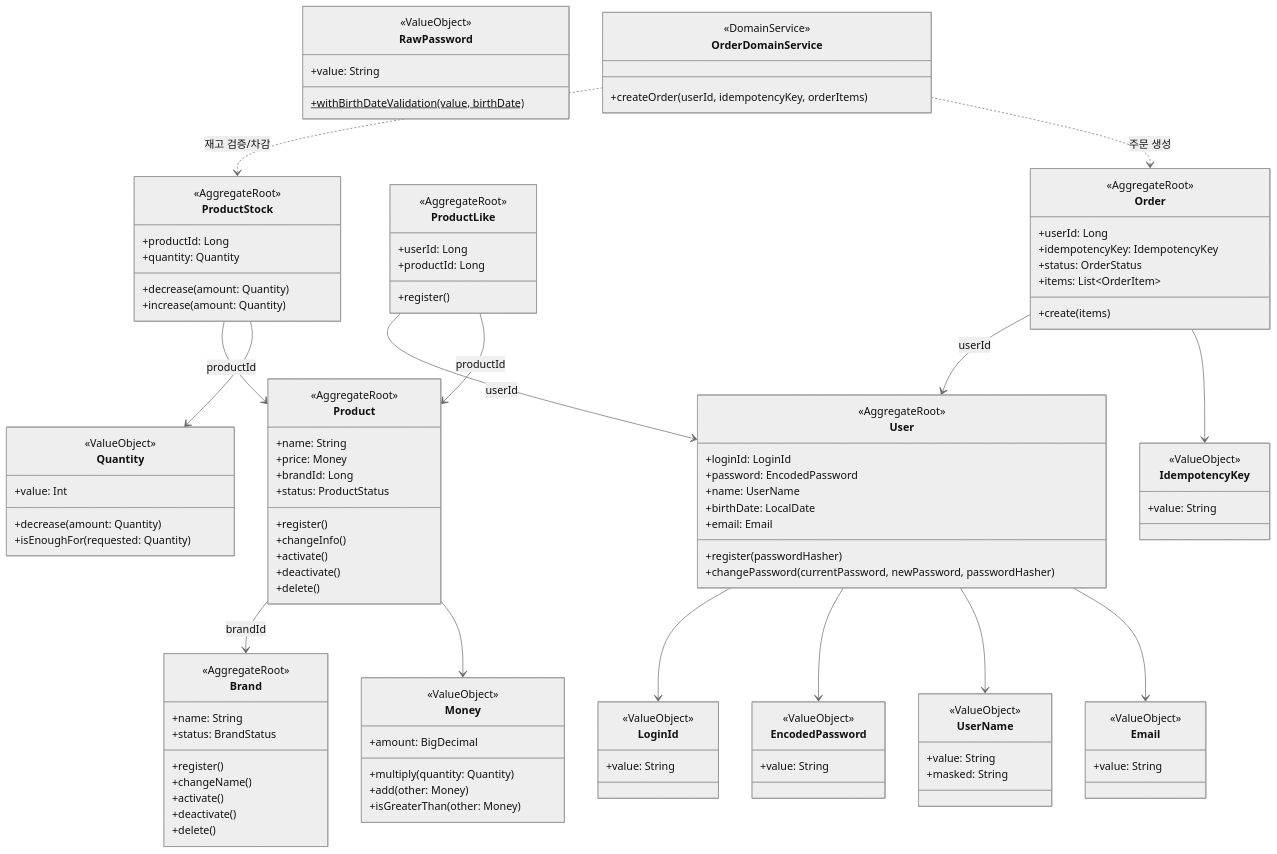
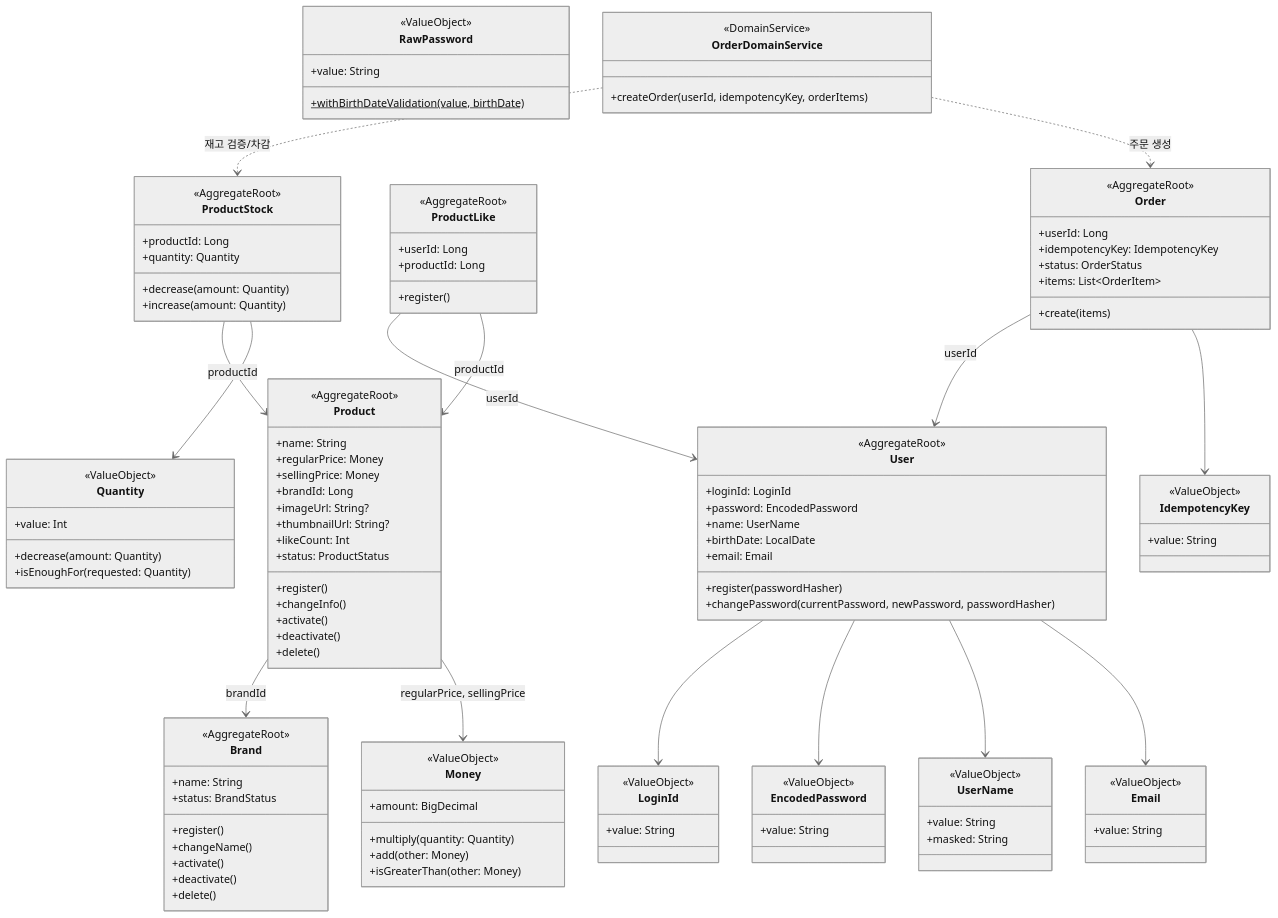
One commit to Loopers-dev-lab/loop-pack-be-l2-vol3-kotlin changed the first of 19 diagrams in docs/design/02-class-diagram.md. Above: the diagram before and after it, drawn with Mermaid (neutral theme). The commit also changed other lines of this file and 1 other file, not shown here.

First line of the commit message:
docs: 클래스 다이어그램, 시퀀스 다이어그램 구현 반영

```diff
--- a/docs/design/02-class-diagram.md
+++ b/docs/design/02-class-diagram.md
@@ -102,8 +102,12 @@
     class Product {
         <<AggregateRoot>>
         +name: String
-        +price: Money
+        +regularPrice: Money
+        +sellingPrice: Money
         +brandId: Long
+        +imageUrl: String?
+        +thumbnailUrl: String?
+        +likeCount: Int
         +status: ProductStatus
         +register()
         +changeInfo()
@@ -214,7 +218,7 @@
     User --> EncodedPassword
     User --> UserName
     User --> Email
-    Product --> Money
+    Product --> Money: regularPrice, sellingPrice
     ProductStock --> Quantity
     Order --> IdempotencyKey
 %% Relationships - Domain Service 의존성
```
